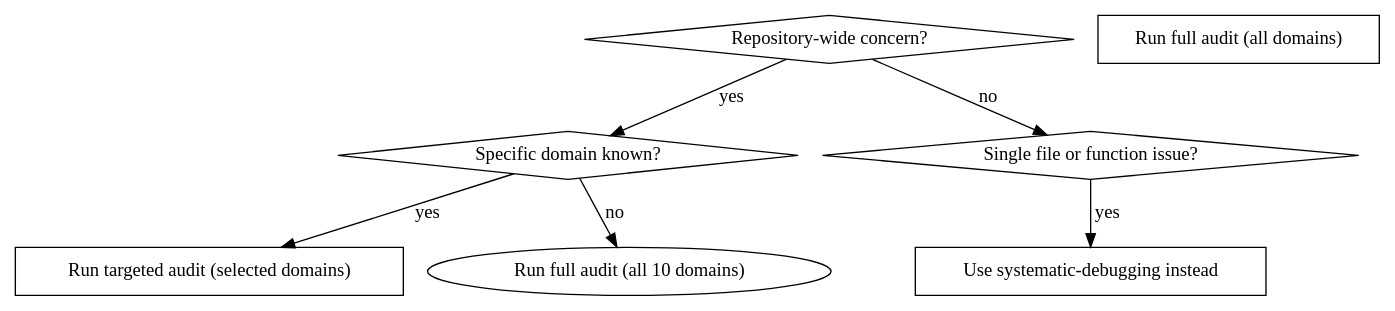
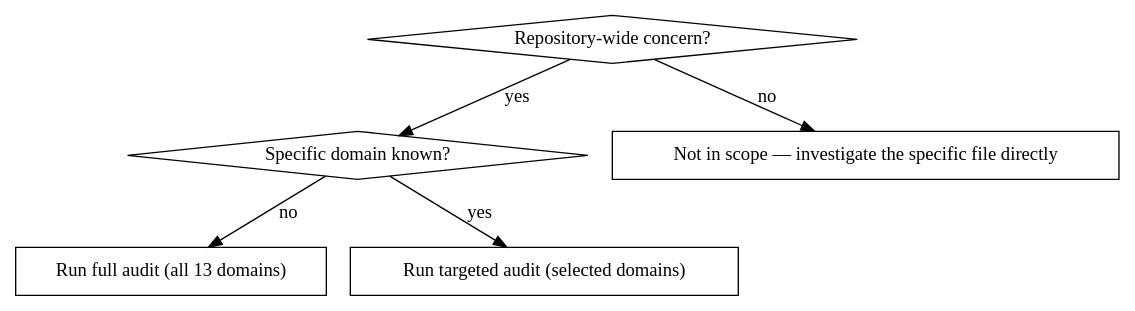
The first of 2 diagrams in skills/codebase-audit/SKILL.md (sthiermann/stn-skills), drawn with Graphviz before and after one commit. The commit also changed other lines of this file and 6 other files, not shown here.

````diff
--- a/skills/codebase-audit/SKILL.md
+++ b/skills/codebase-audit/SKILL.md
@@ -37,16 +37,14 @@
 ```dot
 digraph when_to_use {
     "Repository-wide concern?" [shape=diamond];
     "Specific domain known?" [shape=diamond];
-    "Run full audit (all domains)" [shape=box];
+    "Run full audit (all 13 domains)" [shape=box];
     "Run targeted audit (selected domains)" [shape=box];
-    "Single file or function issue?" [shape=diamond];
-    "Use systematic-debugging instead" [shape=box];
+    "Not in scope — investigate the specific file directly" [shape=box];
 
     "Repository-wide concern?" -> "Specific domain known?" [label="yes"];
-    "Repository-wide concern?" -> "Single file or function issue?" [label="no"];
+    "Repository-wide concern?" -> "Not in scope — investigate the specific file directly" [label="no"];
     "Specific domain known?" -> "Run targeted audit (selected domains)" [label="yes"];
-    "Specific domain known?" -> "Run full audit (all 10 domains)" [label="no"];
-    "Single file or function issue?" -> "Use systematic-debugging instead" [label="yes"];
+    "Specific domain known?" -> "Run full audit (all 13 domains)" [label="no"];
 }
 ```
````
